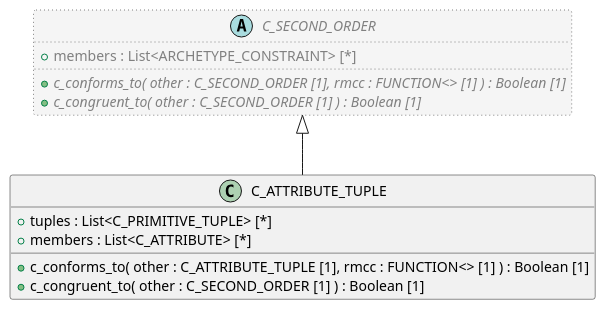
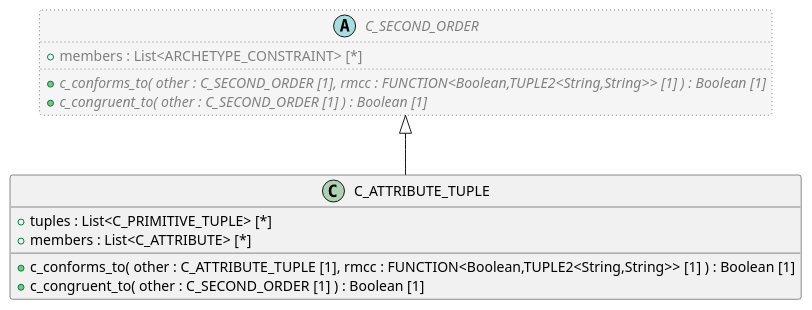
One commit to sebastian-iancu/code-generator changed the diagram in code/Adoc/openehr_am_2.3.0/plantUML/classes/aom2.c_attribute_tuple.adoc. Above: the diagram before and after it, drawn with PlantUML. The commit also changed 299 other files, not shown here.

```diff
--- a/code/Adoc/openehr_am_2.3.0/plantUML/classes/aom2.c_attribute_tuple.adoc
+++ b/code/Adoc/openehr_am_2.3.0/plantUML/classes/aom2.c_attribute_tuple.adoc
@@ -1,22 +1,22 @@
 [plantuml,C_ATTRIBUTE_TUPLE,format=svg]
 -----
 @startuml
 
 class C_ATTRIBUTE_TUPLE {
   + tuples : List<C_PRIMITIVE_TUPLE> [*]
   + members : List<C_ATTRIBUTE> [*]
-  + c_conforms_to( other : C_ATTRIBUTE_TUPLE [1], rmcc : FUNCTION<> [1] ) : Boolean [1]
+  + c_conforms_to( other : C_ATTRIBUTE_TUPLE [1], rmcc : FUNCTION<Boolean,TUPLE2<String,String>> [1] ) : Boolean [1]
   + c_congruent_to( other : C_SECOND_ORDER [1] ) : Boolean [1]
 }
 
 abstract class C_SECOND_ORDER  #whitesmoke;line:gray;line.dotted;text:gray {
   + members : List<ARCHETYPE_CONSTRAINT> [*]
-  + {abstract} c_conforms_to( other : C_SECOND_ORDER [1], rmcc : FUNCTION<> [1] ) : Boolean [1]
+  + {abstract} c_conforms_to( other : C_SECOND_ORDER [1], rmcc : FUNCTION<Boolean,TUPLE2<String,String>> [1] ) : Boolean [1]
   + {abstract} c_congruent_to( other : C_SECOND_ORDER [1] ) : Boolean [1]
 }
 
 C_SECOND_ORDER <|-- C_ATTRIBUTE_TUPLE
 
 
 @enduml
 -----
```
